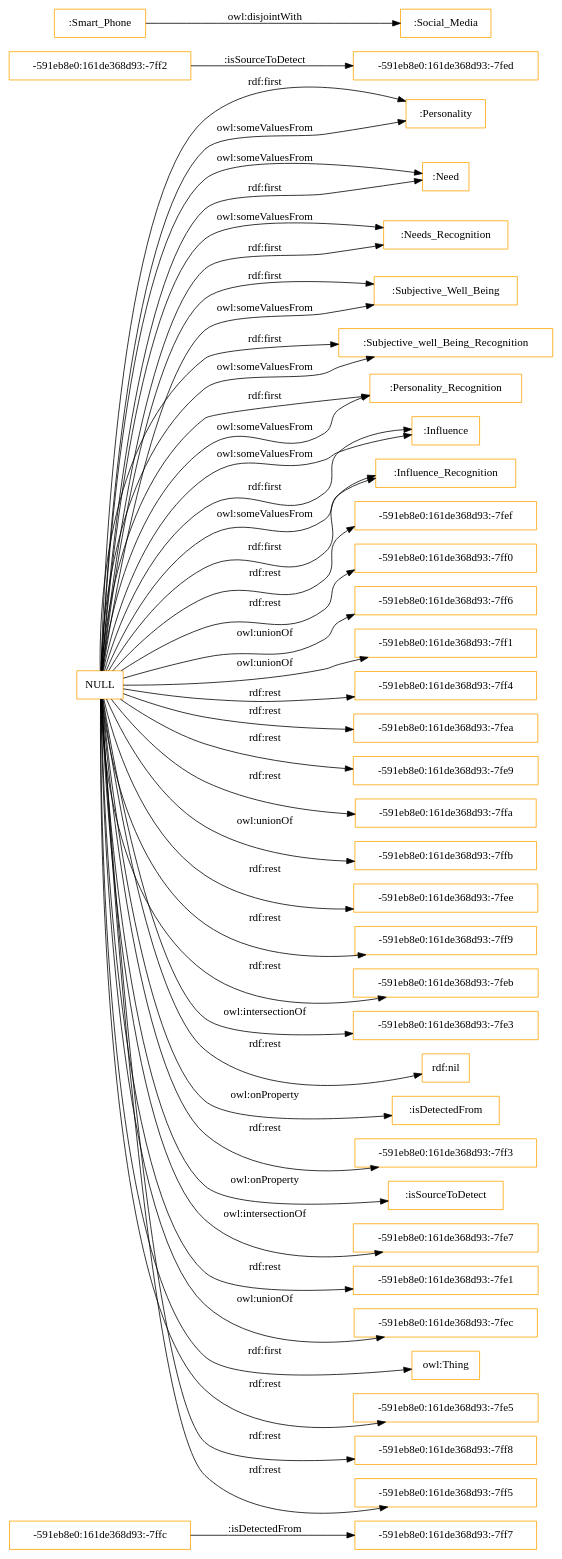
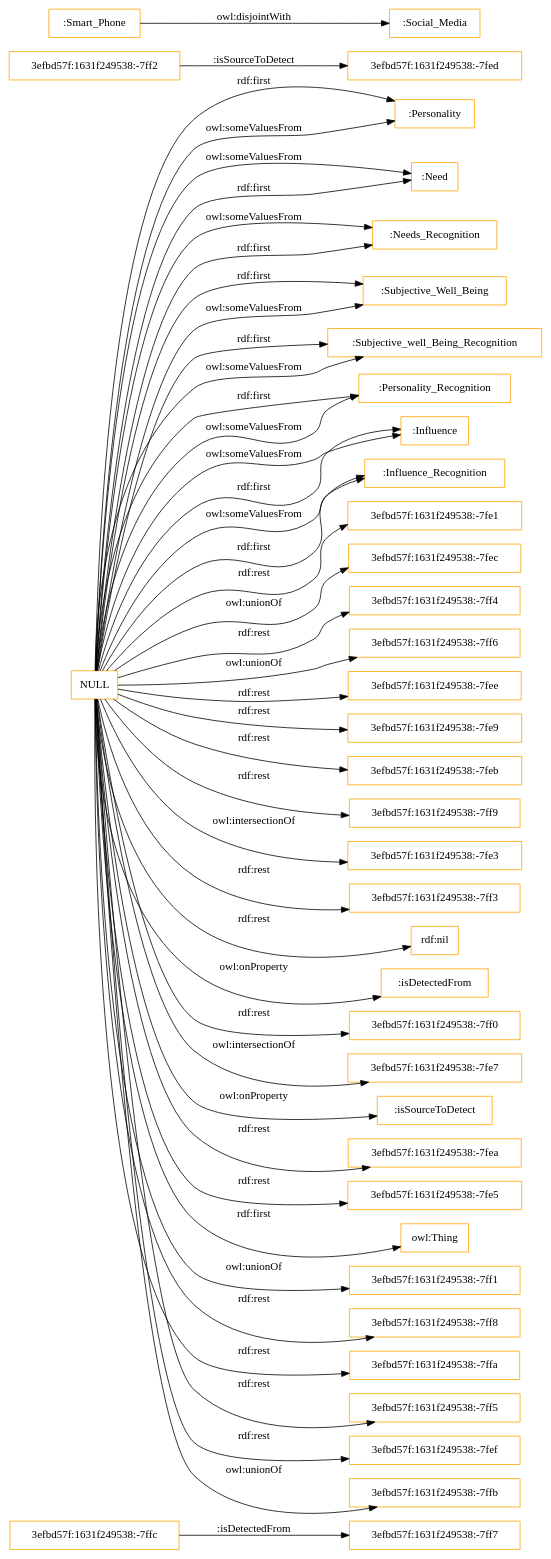
The diagram in OnToology/Influence_Recognition_Module.owl/diagrams/ar2dtool-class/Influence_Recognition_Module.owl.png.dot (rana-othman/HASIO-Modularization), drawn with Graphviz before and after one commit. The commit also changed 94 other files, not shown here.

```diff
--- a/OnToology/Influence_Recognition_Module.owl/diagrams/ar2dtool-class/Influence_Recognition_Module.owl.png.dot
+++ b/OnToology/Influence_Recognition_Module.owl/diagrams/ar2dtool-class/Influence_Recognition_Module.owl.png.dot
@@ -1,49 +1,49 @@
 digraph ar2dtool_diagram { 
 rankdir=LR;
 size="1501"
-node [shape = rectangle, color="orange"]; "-591eb8e0:161de368d93:-7ffc" ":Personality" ":Need" ":Needs_Recognition" ":Subjective_Well_Being" "-591eb8e0:161de368d93:-7ff2" ":Subjective_well_Being_Recognition" ":Personality_Recognition" "-591eb8e0:161de368d93:-7ff7" ":Influence" ":Smart_Phone" ":Social_Media" "-591eb8e0:161de368d93:-7fed" ":Influence_Recognition" ; /*classes style*/
+node [shape = rectangle, color="orange"]; "3efbd57f:1631f249538:-7ff7" ":Personality" ":Need" "3efbd57f:1631f249538:-7fed" ":Needs_Recognition" ":Subjective_Well_Being" ":Subjective_well_Being_Recognition" ":Personality_Recognition" ":Influence" "3efbd57f:1631f249538:-7ffc" ":Smart_Phone" ":Social_Media" "3efbd57f:1631f249538:-7ff2" ":Influence_Recognition" ; /*classes style*/
 	"NULL" -> ":Personality_Recognition" [ label = "rdf:first" ];
-	"NULL" -> "-591eb8e0:161de368d93:-7fef" [ label = "rdf:rest" ];
 	"NULL" -> ":Personality" [ label = "rdf:first" ];
-	"NULL" -> "-591eb8e0:161de368d93:-7ff0" [ label = "rdf:rest" ];
-	"NULL" -> "-591eb8e0:161de368d93:-7ff6" [ label = "owl:unionOf" ];
-	"NULL" -> "-591eb8e0:161de368d93:-7ff1" [ label = "owl:unionOf" ];
+	"NULL" -> "3efbd57f:1631f249538:-7fe1" [ label = "rdf:rest" ];
+	"NULL" -> "3efbd57f:1631f249538:-7fec" [ label = "owl:unionOf" ];
+	"NULL" -> "3efbd57f:1631f249538:-7ff4" [ label = "rdf:rest" ];
 	"NULL" -> ":Subjective_Well_Being" [ label = "rdf:first" ];
 	"NULL" -> ":Personality_Recognition" [ label = "owl:someValuesFrom" ];
-	"NULL" -> "-591eb8e0:161de368d93:-7ff4" [ label = "rdf:rest" ];
 	"NULL" -> ":Need" [ label = "owl:someValuesFrom" ];
+	"NULL" -> "3efbd57f:1631f249538:-7ff6" [ label = "owl:unionOf" ];
 	"NULL" -> ":Influence" [ label = "owl:someValuesFrom" ];
-	"NULL" -> "-591eb8e0:161de368d93:-7fea" [ label = "rdf:rest" ];
+	"NULL" -> "3efbd57f:1631f249538:-7fee" [ label = "rdf:rest" ];
 	"NULL" -> ":Influence_Recognition" [ label = "owl:someValuesFrom" ];
+	"NULL" -> "3efbd57f:1631f249538:-7fe9" [ label = "rdf:rest" ];
 	"NULL" -> ":Personality" [ label = "owl:someValuesFrom" ];
+	"NULL" -> "3efbd57f:1631f249538:-7feb" [ label = "rdf:rest" ];
 	"NULL" -> ":Needs_Recognition" [ label = "owl:someValuesFrom" ];
-	"NULL" -> "-591eb8e0:161de368d93:-7fe9" [ label = "rdf:rest" ];
-	"NULL" -> "-591eb8e0:161de368d93:-7ffa" [ label = "rdf:rest" ];
-	"NULL" -> "-591eb8e0:161de368d93:-7ffb" [ label = "owl:unionOf" ];
-	"NULL" -> "-591eb8e0:161de368d93:-7fee" [ label = "rdf:rest" ];
-	"NULL" -> "-591eb8e0:161de368d93:-7ff9" [ label = "rdf:rest" ];
-	"NULL" -> "-591eb8e0:161de368d93:-7feb" [ label = "rdf:rest" ];
-	"NULL" -> "-591eb8e0:161de368d93:-7fe3" [ label = "owl:intersectionOf" ];
+	"NULL" -> "3efbd57f:1631f249538:-7ff9" [ label = "rdf:rest" ];
+	"NULL" -> "3efbd57f:1631f249538:-7fe3" [ label = "owl:intersectionOf" ];
+	"NULL" -> "3efbd57f:1631f249538:-7ff3" [ label = "rdf:rest" ];
 	"NULL" -> "rdf:nil" [ label = "rdf:rest" ];
 	"NULL" -> ":isDetectedFrom" [ label = "owl:onProperty" ];
-	"NULL" -> "-591eb8e0:161de368d93:-7ff3" [ label = "rdf:rest" ];
+	"NULL" -> "3efbd57f:1631f249538:-7ff0" [ label = "rdf:rest" ];
 	"NULL" -> ":Subjective_well_Being_Recognition" [ label = "rdf:first" ];
+	"NULL" -> "3efbd57f:1631f249538:-7fe7" [ label = "owl:intersectionOf" ];
 	"NULL" -> ":isSourceToDetect" [ label = "owl:onProperty" ];
 	"NULL" -> ":Need" [ label = "rdf:first" ];
-	"NULL" -> "-591eb8e0:161de368d93:-7fe7" [ label = "owl:intersectionOf" ];
-	"NULL" -> "-591eb8e0:161de368d93:-7fe1" [ label = "rdf:rest" ];
-	"NULL" -> "-591eb8e0:161de368d93:-7fec" [ label = "owl:unionOf" ];
+	"NULL" -> "3efbd57f:1631f249538:-7fea" [ label = "rdf:rest" ];
+	"NULL" -> "3efbd57f:1631f249538:-7fe5" [ label = "rdf:rest" ];
 	"NULL" -> "owl:Thing" [ label = "rdf:first" ];
-	"NULL" -> "-591eb8e0:161de368d93:-7fe5" [ label = "rdf:rest" ];
+	"NULL" -> "3efbd57f:1631f249538:-7ff1" [ label = "owl:unionOf" ];
+	"NULL" -> "3efbd57f:1631f249538:-7ff8" [ label = "rdf:rest" ];
 	"NULL" -> ":Subjective_well_Being_Recognition" [ label = "owl:someValuesFrom" ];
-	"NULL" -> "-591eb8e0:161de368d93:-7ff8" [ label = "rdf:rest" ];
+	"NULL" -> "3efbd57f:1631f249538:-7ffa" [ label = "rdf:rest" ];
+	"NULL" -> "3efbd57f:1631f249538:-7ff5" [ label = "rdf:rest" ];
 	"NULL" -> ":Influence" [ label = "rdf:first" ];
-	"NULL" -> "-591eb8e0:161de368d93:-7ff5" [ label = "rdf:rest" ];
 	"NULL" -> ":Needs_Recognition" [ label = "rdf:first" ];
+	"NULL" -> "3efbd57f:1631f249538:-7fef" [ label = "rdf:rest" ];
+	"NULL" -> "3efbd57f:1631f249538:-7ffb" [ label = "owl:unionOf" ];
 	"NULL" -> ":Subjective_Well_Being" [ label = "owl:someValuesFrom" ];
 	"NULL" -> ":Influence_Recognition" [ label = "rdf:first" ];
 	":Smart_Phone" -> ":Social_Media" [ label = "owl:disjointWith" ];
-	"-591eb8e0:161de368d93:-7ffc" -> "-591eb8e0:161de368d93:-7ff7" [ label = ":isDetectedFrom" ];
-	"-591eb8e0:161de368d93:-7ff2" -> "-591eb8e0:161de368d93:-7fed" [ label = ":isSourceToDetect" ];
+	"3efbd57f:1631f249538:-7ffc" -> "3efbd57f:1631f249538:-7ff7" [ label = ":isDetectedFrom" ];
+	"3efbd57f:1631f249538:-7ff2" -> "3efbd57f:1631f249538:-7fed" [ label = ":isSourceToDetect" ];
 
 }
```
